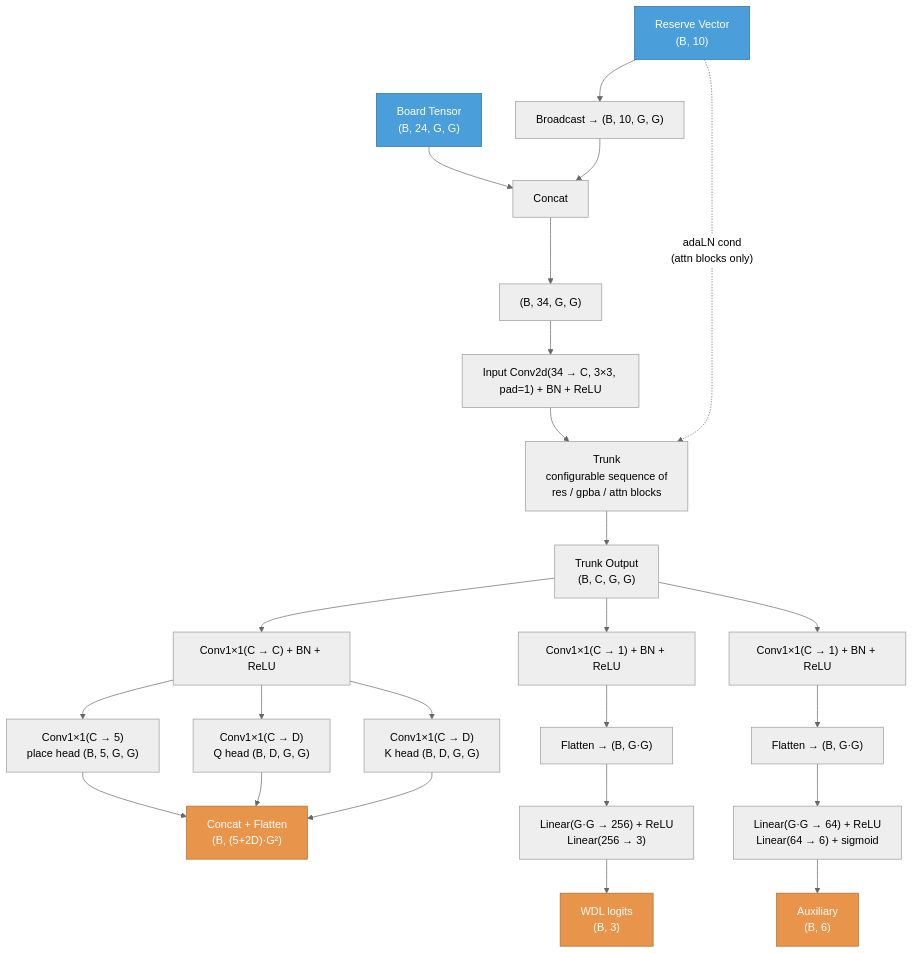
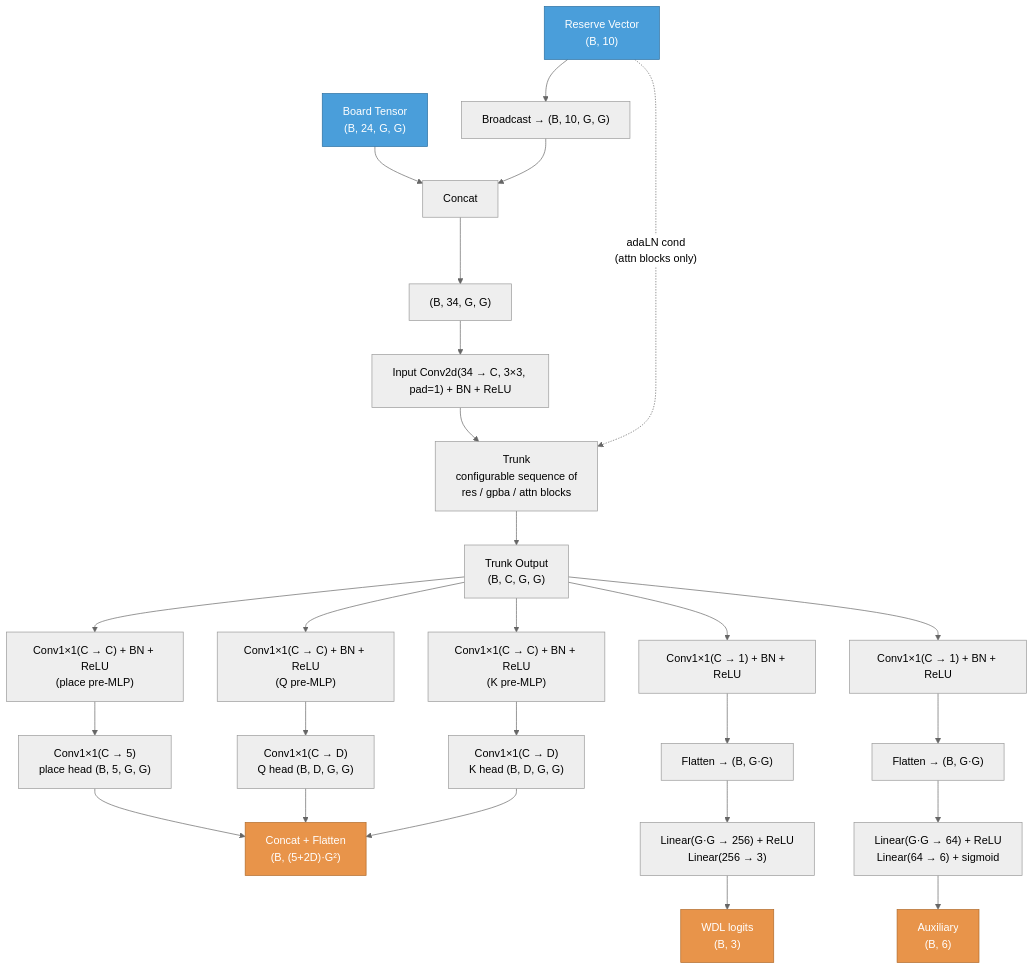
Before and after one commit to wldevries/hive-zero: the diagram in docs/hive_model.md, drawn with Mermaid (neutral theme). The commit also changed other lines of this file and 1 other file, not shown here.

Commit message:
Hive: give each policy head its own per-cell MLP

````diff
--- a/docs/hive_model.md
+++ b/docs/hive_model.md
@@ -5,33 +5,35 @@
 ```mermaid
 graph TD
     BT["Board Tensor<br/>(B, 24, G, G)"]:::input --> CAT["Concat"]
     RV["Reserve Vector<br/>(B, 10)"]:::input --> BC["Broadcast → (B, 10, G, G)"]
     BC --> CAT
     CAT --> INPUT["(B, 34, G, G)"]
 
     INPUT --> IC["Input Conv2d(34 → C, 3×3, pad=1) + BN + ReLU"]
     IC --> RB["Trunk<br/>configurable sequence of<br/>res / gpba / attn blocks"]
     RB --> TRUNK["Trunk Output<br/>(B, C, G, G)"]
     RV -.->|"adaLN cond<br/>(attn blocks only)"| RB
 
-    TRUNK --> PC["Conv1×1(C → C) + BN + ReLU"]
-    PC --> PPL["Conv1×1(C → 5)<br/>place head (B, 5, G, G)"]
-    PC --> PQ["Conv1×1(C → D)<br/>Q head (B, D, G, G)"]
-    PC --> PK["Conv1×1(C → D)<br/>K head (B, D, G, G)"]
+    TRUNK --> PCP["Conv1×1(C → C) + BN + ReLU<br/>(place pre-MLP)"]
+    PCP --> PPL["Conv1×1(C → 5)<br/>place head (B, 5, G, G)"]
+    TRUNK --> PCQ["Conv1×1(C → C) + BN + ReLU<br/>(Q pre-MLP)"]
+    PCQ --> PQ["Conv1×1(C → D)<br/>Q head (B, D, G, G)"]
+    TRUNK --> PCK["Conv1×1(C → C) + BN + ReLU<br/>(K pre-MLP)"]
+    PCK --> PK["Conv1×1(C → D)<br/>K head (B, D, G, G)"]
     PPL --> PFLAT["Concat + Flatten<br/>(B, (5+2D)·G²)"]:::output
     PQ --> PFLAT
     PK --> PFLAT
 
     TRUNK --> VC["Conv1×1(C → 1) + BN + ReLU"]
     VC --> VF["Flatten → (B, G·G)"]
     VF --> VFC["Linear(G·G → 256) + ReLU<br/>Linear(256 → 3)"]
     VFC --> VOUT["WDL logits<br/>(B, 3)"]:::output
 
     TRUNK --> AC["Conv1×1(C → 1) + BN + ReLU"]
     AC --> AF["Flatten → (B, G·G)"]
     AF --> AFC["Linear(G·G → 64) + ReLU<br/>Linear(64 → 6) + sigmoid"]
     AFC --> AOUT["Auxiliary<br/>(B, 6)"]:::output
 
     classDef input fill:#4a9eda,stroke:#2a6fa0,color:#fff
     classDef output fill:#e8944a,stroke:#b06a2a,color:#fff
 ```
````
